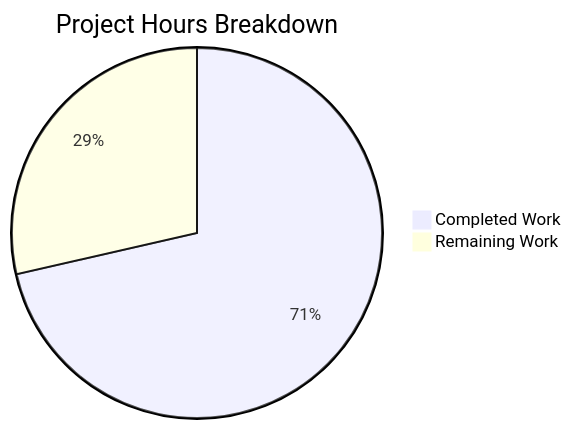
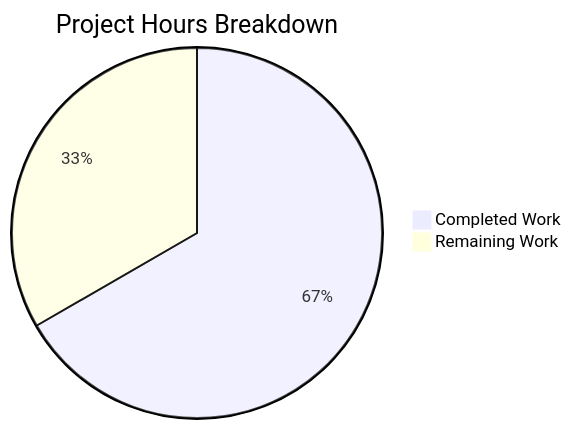
One commit to Sandeep01Kumar/Repo-for-qa-refine-test-12-feb changed the diagram in blitzy/documentation/Project Guide.md. Above: the diagram before and after it, drawn with Mermaid. The commit also changed other lines of this file, not shown here.

````diff
--- a/blitzy/documentation/Project Guide.md
+++ b/blitzy/documentation/Project Guide.md
@@ -100,5 +103,5 @@
 ```mermaid
 pie title Project Hours Breakdown
-    "Completed Work" : 5
+    "Completed Work" : 4
     "Remaining Work" : 2
 ```
````
